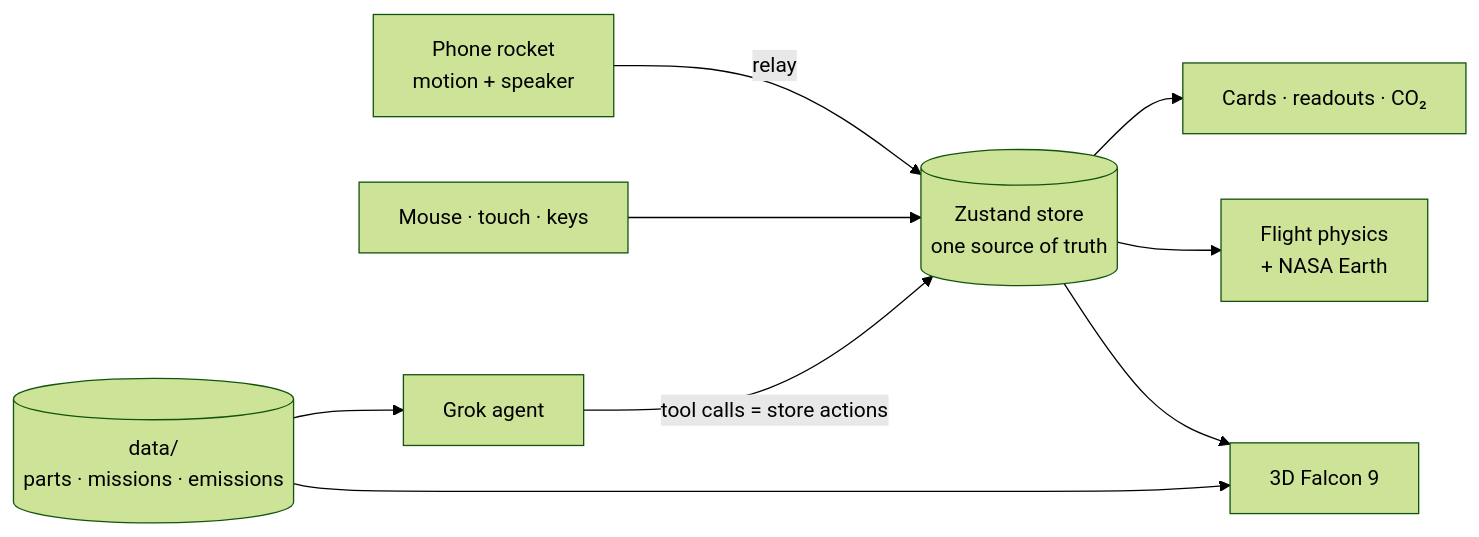
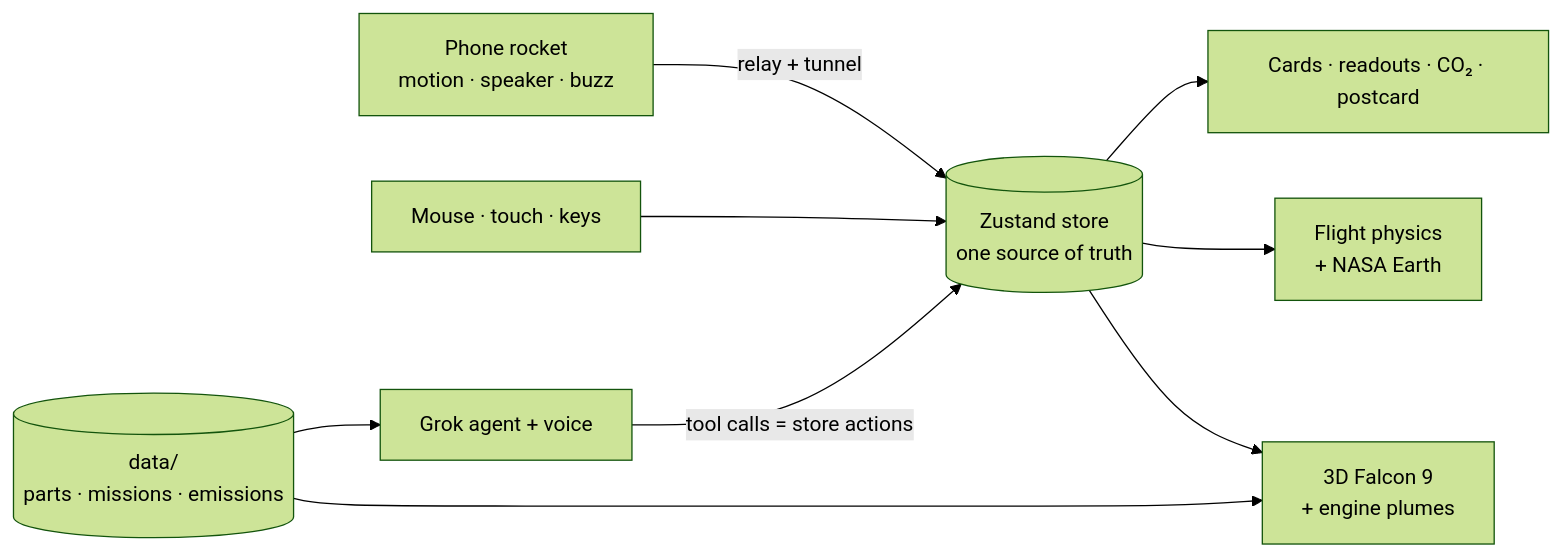
One commit to NPX2218/teardown changed the diagram in README.md. Above: the diagram before and after it, drawn with Mermaid (forest theme). The commit also changed other lines of this file and 43 other files, not shown here.

````diff
--- a/README.md
+++ b/README.md
@@ -139,11 +147,11 @@
 ```mermaid
 flowchart LR
-  Phone["Phone rocket<br/>motion + speaker"] -->|relay| Store
+  Phone["Phone rocket<br/>motion · speaker · buzz"] -->|relay + tunnel| Store
   Mouse["Mouse · touch · keys"] --> Store
-  Grok["Grok agent"] -->|tool calls = store actions| Store
-  Store[("Zustand store<br/>one source of truth")] --> Viewer["3D Falcon 9"]
+  Grok["Grok agent + voice"] -->|tool calls = store actions| Store
+  Store[("Zustand store<br/>one source of truth")] --> Viewer["3D Falcon 9<br/>+ engine plumes"]
   Store --> Flight["Flight physics<br/>+ NASA Earth"]
-  Store --> HUD["Cards · readouts · CO₂"]
+  Store --> HUD["Cards · readouts · CO₂ · postcard"]
   Data[("data/<br/>parts · missions · emissions")] --> Viewer
   Data --> Grok
 ```
````
